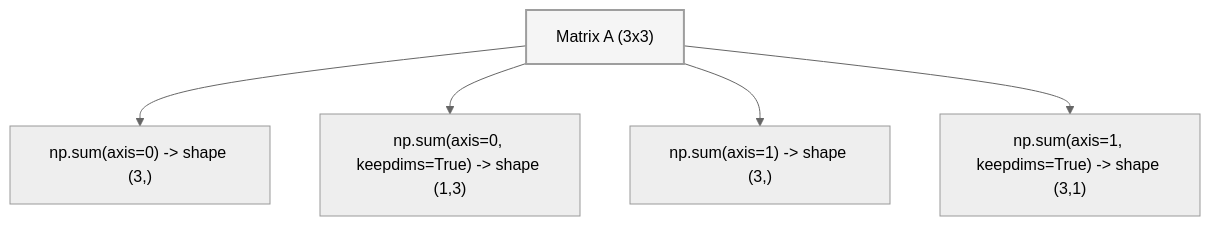
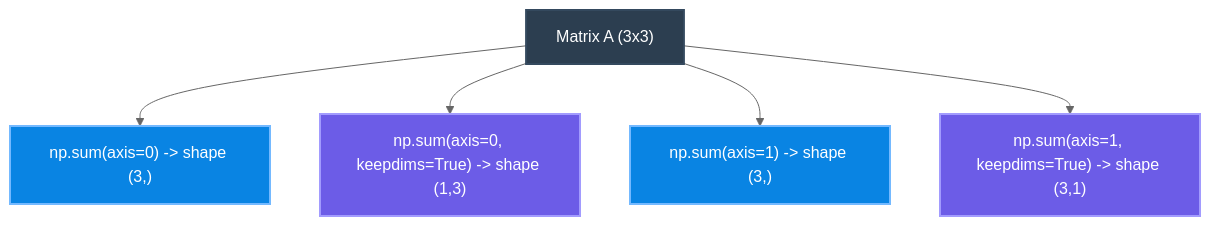
One commit to holycompile/Neural_Networks_from_Scratch changed the eighth of 10 diagrams in README.md. Above: the diagram before and after it, drawn with Mermaid (neutral theme). The commit also changed other lines of this file, not shown here.

````diff
--- a/README.md
+++ b/README.md
@@ -198,9 +204,13 @@
 ```mermaid
 graph TD
     A["Matrix A (3x3)"] --> S0["np.sum(axis=0) -> shape (3,)"]
     A --> S0K["np.sum(axis=0, keepdims=True) -> shape (1,3)"]
     A --> S1["np.sum(axis=1) -> shape (3,)"]
     A --> S1K["np.sum(axis=1, keepdims=True) -> shape (3,1)"]
     
-    style A fill:#f5f5f5,stroke:#9e9e9e,stroke-width:2px;
+    style A fill:#2c3e50,stroke:#34495e,stroke-width:2px,color:#fff;
+    style S0 fill:#0984e3,stroke:#74b9ff,stroke-width:2px,color:#fff;
+    style S0K fill:#6c5ce7,stroke:#a29bfe,stroke-width:2px,color:#fff;
+    style S1 fill:#0984e3,stroke:#74b9ff,stroke-width:2px,color:#fff;
+    style S1K fill:#6c5ce7,stroke:#a29bfe,stroke-width:2px,color:#fff;
 ```
````
